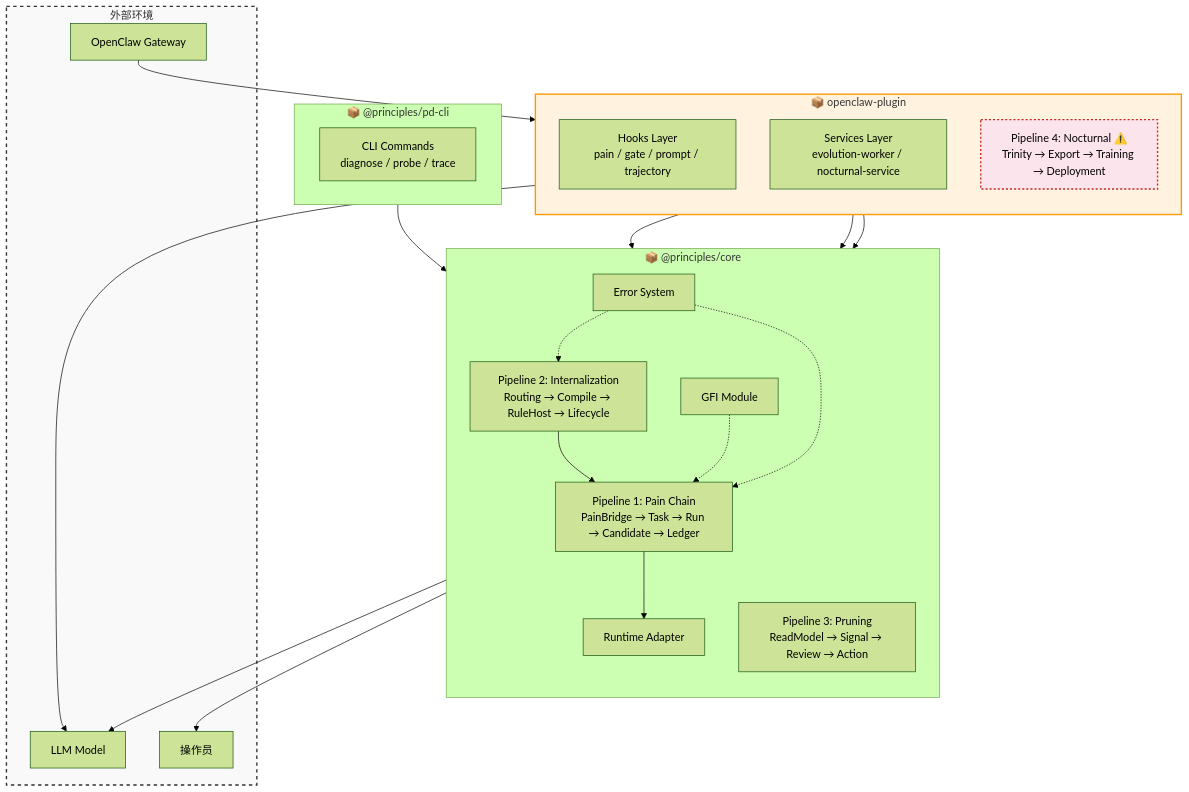
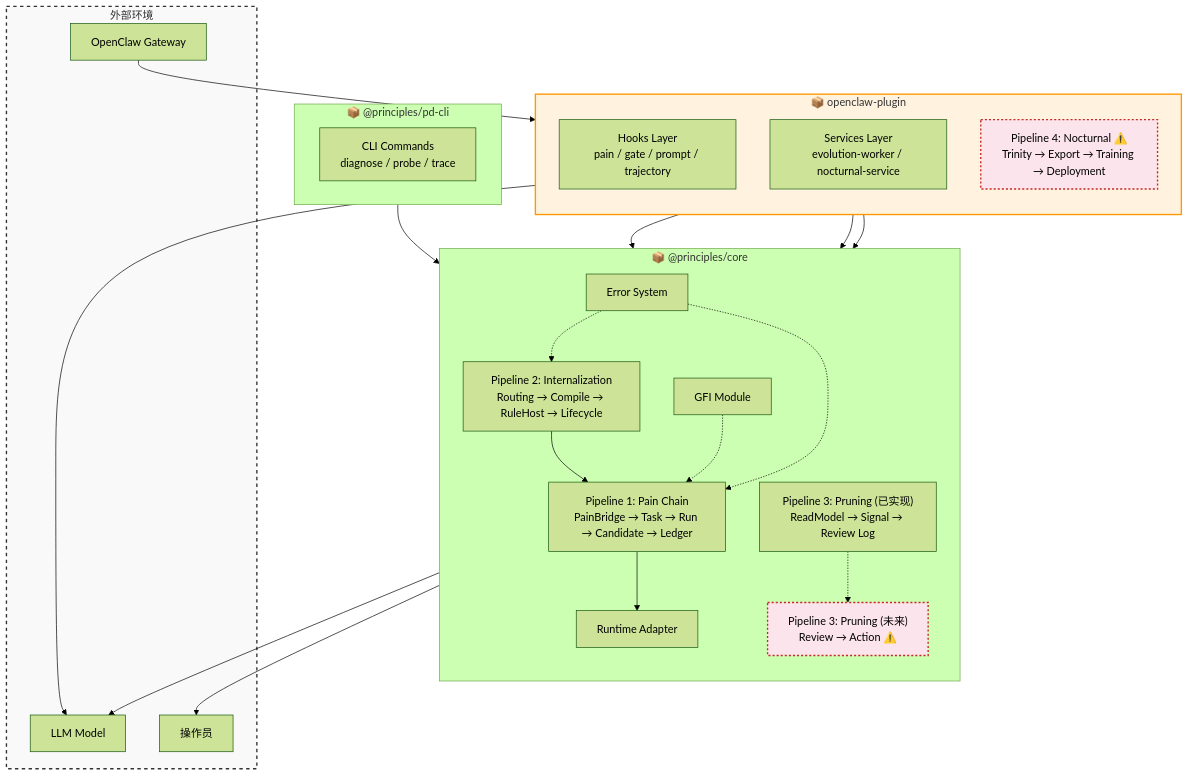
One commit to csuzngjh/principles changed the diagram in docs/architecture/PD_SYSTEM_ARCHITECTURE.md. Above: the diagram before and after it, drawn with Mermaid (forest theme). The commit also changed other lines of this file and 4 other files, not shown here.

First line of the commit message:
docs(architecture): 修复评审发现的代码锚点/存储路径/实现状态不一致

````diff
--- a/docs/architecture/PD_SYSTEM_ARCHITECTURE.md
+++ b/docs/architecture/PD_SYSTEM_ARCHITECTURE.md
@@ -171,52 +180,55 @@
 ```mermaid
 graph TD
     classDef external fill:#f9f9f9,stroke:#333,stroke-width:2px,stroke-dasharray: 5 5
     classDef core fill:#e8f5e9,stroke:#2e7d32,stroke-width:2px
     classDef plugin fill:#fff3e0,stroke:#ff9800,stroke-width:2px
     classDef experimental fill:#fce4ec,stroke:#c62828,stroke-width:2px,stroke-dasharray: 3 3
 
     subgraph Environment["外部环境"]
         OpenClaw["OpenClaw Gateway"]
         Model["LLM Model"]
         User["操作员"]
     end
     class Environment external
 
     subgraph CorePkg["📦 @principles/core"]
         direction TB
         P1["Pipeline 1: Pain Chain<br/>PainBridge → Task → Run → Candidate → Ledger"]
         P2["Pipeline 2: Internalization<br/>Routing → Compile → RuleHost → Lifecycle"]
-        P3["Pipeline 3: Pruning<br/>ReadModel → Signal → Review → Action"]
+        P3["Pipeline 3: Pruning (已实现)<br/>ReadModel → Signal → Review Log"]
+        P3F["Pipeline 3: Pruning (未来)<br/>Review → Action ⚠️"]
         GFI["GFI Module"]
         Adapter["Runtime Adapter"]
         Err["Error System"]
     end
     class CorePkg core
+    class P3F experimental
 
     subgraph PluginPkg["📦 openclaw-plugin"]
         direction TB
         Hooks["Hooks Layer<br/>pain / gate / prompt / trajectory"]
         Services["Services Layer<br/>evolution-worker / nocturnal-service"]
         P4["Pipeline 4: Nocturnal ⚠️<br/>Trinity → Export → Training → Deployment"]
     end
     class PluginPkg plugin
     class P4 experimental
 
     subgraph CLI["📦 @principles/pd-cli"]
         CLICmds["CLI Commands<br/>diagnose / probe / trace"]
     end
 
     OpenClaw --> Hooks
     Hooks --> P1
     Hooks --> P2
     P1 --> Adapter
     Adapter --> Model
     P2 --> P1
     P3 --> User
+    P3 -.-> P3F
     P4 --> Model
     Services --> P1
     CLI --> CorePkg
     GFI -.-> P1
     Err -.-> P1
     Err -.-> P2
 ```
````
